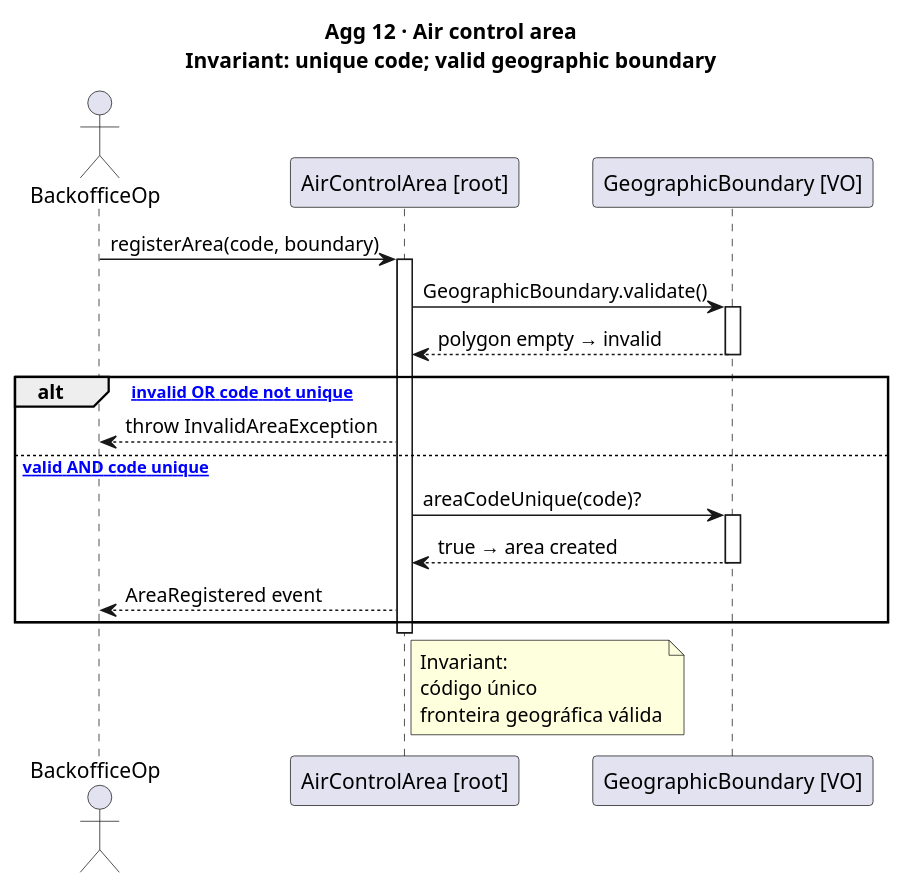
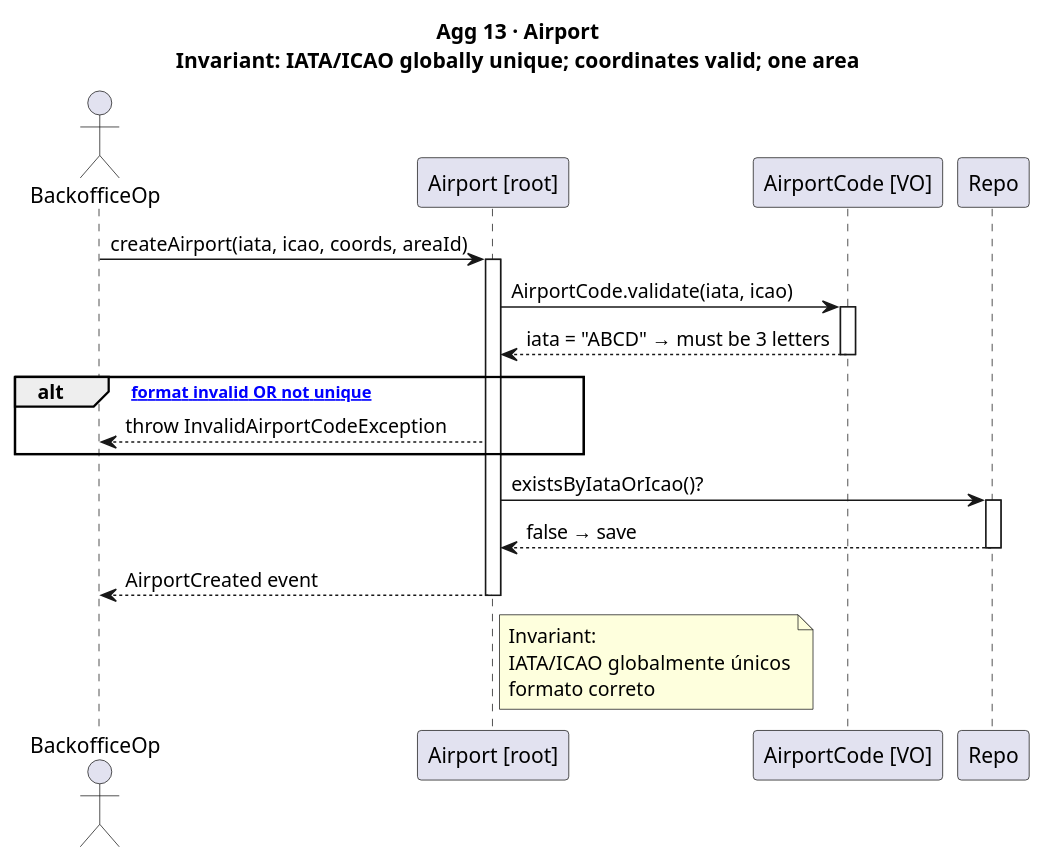
One commit to DuartePinto1240/sem4pi2526-sem4pi2526_2da2 changed the diagram in docs/Agg12.puml. Above: the diagram before and after it, drawn with PlantUML. The commit also changed 12 other files, not shown here.

```diff
--- a/docs/Agg12.puml
+++ b/docs/Agg12.puml
@@ -1,34 +1,36 @@
-@startuml US011_Agg12_AirControlArea
-title Agg 12 · Air control area\nInvariant: unique code; valid geographic boundary
+@startuml US011_Agg13_Airport
+title Agg 13 · Airport\nInvariant: IATA/ICAO globally unique; coordinates valid; one area
 
 actor "BackofficeOp" as Op
-participant "AirControlArea [root]" as ACA
-participant "GeographicBoundary [VO]" as GB
+participant "Airport [root]" as Airport
+participant "AirportCode [VO]" as Code
+participant "Repo" as Repo
 
-Op -> ACA : registerArea(code, boundary)
-activate ACA
+Op -> Airport : createAirport(iata, icao, coords, areaId)
+activate Airport
 
-ACA -> GB : GeographicBoundary.validate()
-activate GB
-GB --> ACA : polygon empty → invalid
-deactivate GB
+Airport -> Code : AirportCode.validate(iata, icao)
+activate Code
+Code --> Airport : iata = "ABCD" → must be 3 letters
+deactivate Code
 
-alt [boundary invalid OR code not unique]
-    ACA --> Op : throw InvalidAreaException
-else [boundary valid AND code unique]
-    ACA -> GB : areaCodeUnique(code)?
-    activate GB
-    GB --> ACA : true → area created
-    deactivate GB
-    ACA --> Op : AreaRegistered event
+alt [code format invalid OR not unique]
+    Airport --> Op : throw InvalidAirportCodeException
 end
 
-deactivate ACA
+Airport -> Repo : existsByIataOrIcao()?
+activate Repo
+Repo --> Airport : false → save
+deactivate Repo
 
-note right of ACA
+Airport --> Op : AirportCreated event
+
+deactivate Airport
+
+note right of Airport
   Invariant:
-  código único
-  fronteira geográfica válida
+  IATA/ICAO globalmente únicos
+  formato correto
 end note
 
 @enduml
```
